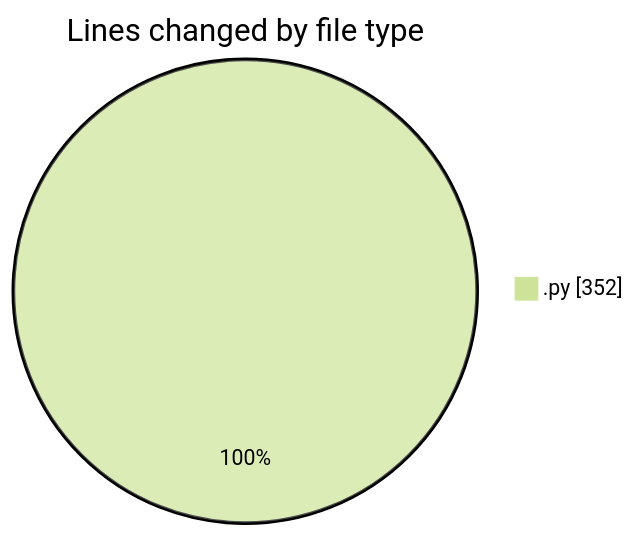
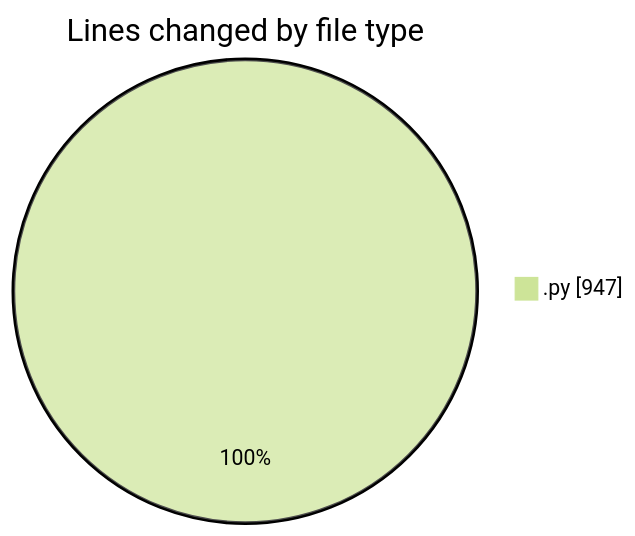
The first of 2 diagrams in 2025-11-04/eventscop-api-guide__workspace_/README.md (julien-gomy/code-tracking), drawn with Mermaid (forest theme) before and after one commit. The commit also changed other lines of this file and 1 other file, not shown here.

````diff
--- a/2025-11-04/eventscop-api-guide__workspace_/README.md
+++ b/2025-11-04/eventscop-api-guide__workspace_/README.md
@@ -20,5 +21,5 @@
 ```mermaid
 pie showData
 title Lines changed by file type
-".py" : 352
+".py" : 947
 ```
````
